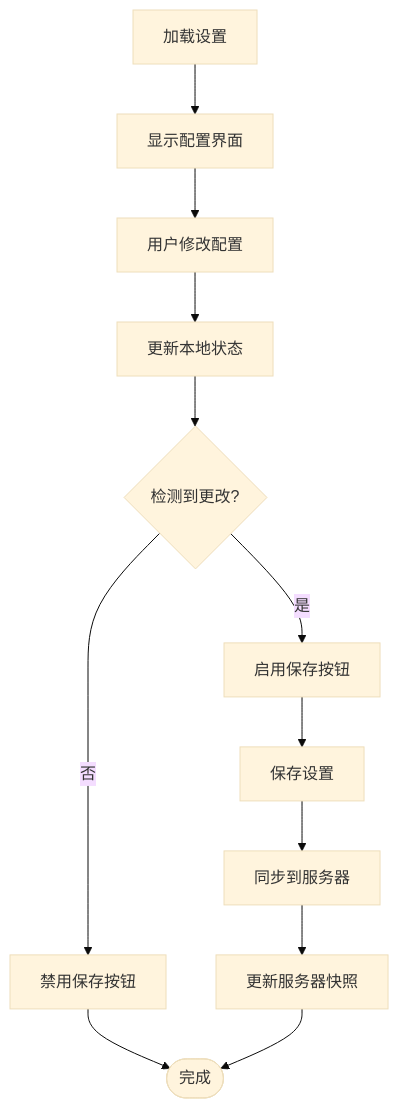
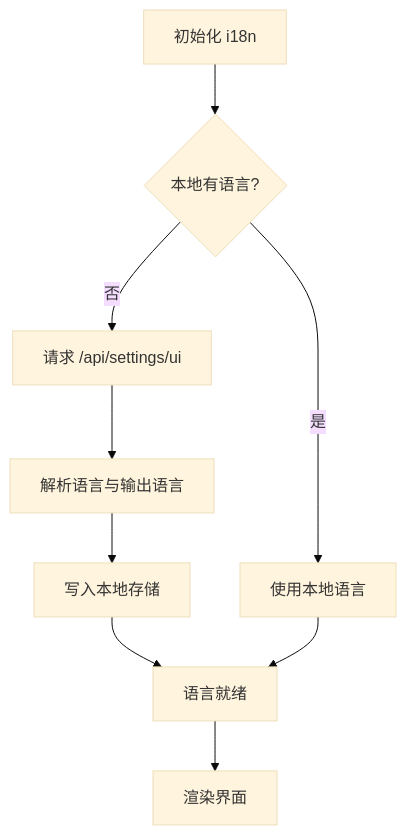
The sixth of 9 diagrams in .qoder/repowiki/zh/content/前端架构/前端架构.md (gongzili456/DeepTutor), drawn with Mermaid (base theme) before and after one commit. The commit also changed other lines of this file and 1242 other files, not shown here.

````diff
--- a/.qoder/repowiki/zh/content/前端架构/前端架构.md
+++ b/.qoder/repowiki/zh/content/前端架构/前端架构.md
@@ -366,14 +235,11 @@
 ```mermaid
 flowchart TD
-Load["加载设置"] --> Display["显示配置界面"]
-Display --> UserInput["用户修改配置"]
-UserInput --> LocalUpdate["更新本地状态"]
-LocalUpdate --> DirtyCheck{"检测到更改?"}
-DirtyCheck --> |是| EnableSave["启用保存按钮"]
-DirtyCheck --> |否| DisableSave["禁用保存按钮"]
-EnableSave --> Save["保存设置"]
-DisableSave --> End(["完成"])
-Save --> ServerSync["同步到服务器"]
-ServerSync --> UpdateSnapshot["更新服务器快照"]
-UpdateSnapshot --> End
+Init["初始化 i18n"] --> LocalCheck{"本地有语言?"}
+LocalCheck --> |是| UseLocal["使用本地语言"]
+LocalCheck --> |否| Fetch["请求 /api/settings/ui"]
+Fetch --> Parse["解析语言与输出语言"]
+Parse --> Persist["写入本地存储"]
+Persist --> Ready["语言就绪"]
+UseLocal --> Ready
+Ready --> Render["渲染界面"]
 ```
````
